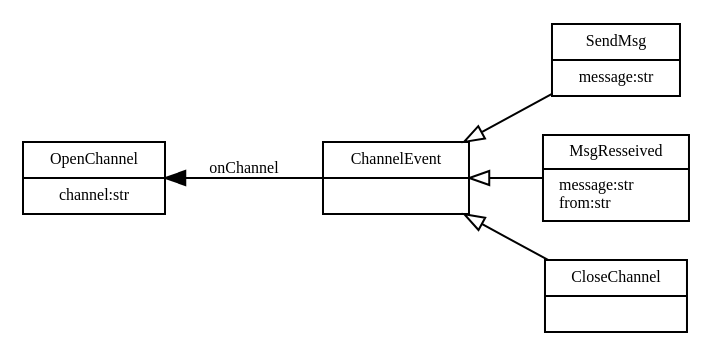
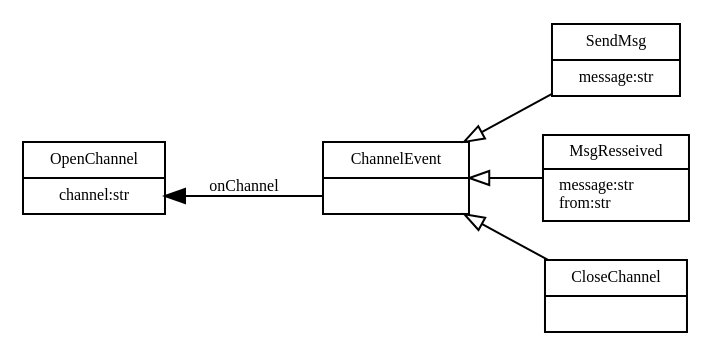
Before and after one commit to ktbs/ktbs: the second of 2 diagrams in doc/source/tutorials/model-rest-turtle.rst, drawn with Graphviz. The commit also changed other lines of this file, not shown here.

Commit message:
ktbs: doc: improved UML diagram

```diff
--- a/doc/source/tutorials/model-rest-turtle.rst
+++ b/doc/source/tutorials/model-rest-turtle.rst
@@ -238,19 +238,19 @@
 .. graphviz::
 
    digraph {
      rankdir = RL
      node [ shape = "record", fontsize = 8 ]
      edge [ fontsize = 8 ]
 
-     OpenChannel [ label = "OpenChannel|channel:str" ]
-     ChannelEvent [ label = "ChannelEvent|" ]
+     OpenChannel [ label = "OpenChannel|<at>channel:str" ]
+     ChannelEvent [ label = "ChannelEvent|<at>" ]
      SendMsg [ label = "SendMsg|message:str" ]
      MsgReceived [ label = "MsgResseived|message:str\lfrom:str\l" ]
      CloseChannel [ label = "CloseChannel|" ]
     
-     ChannelEvent -> OpenChannel [ label = "onChannel" ]
+     ChannelEvent:at -> OpenChannel:at [ label = "onChannel" ]
      SendMsg -> ChannelEvent [ arrowhead = "empty" ]
      MsgReceived -> ChannelEvent [ arrowhead = "empty" ]
      CloseChannel -> ChannelEvent [ arrowhead = "empty" ]
      
    }
```
